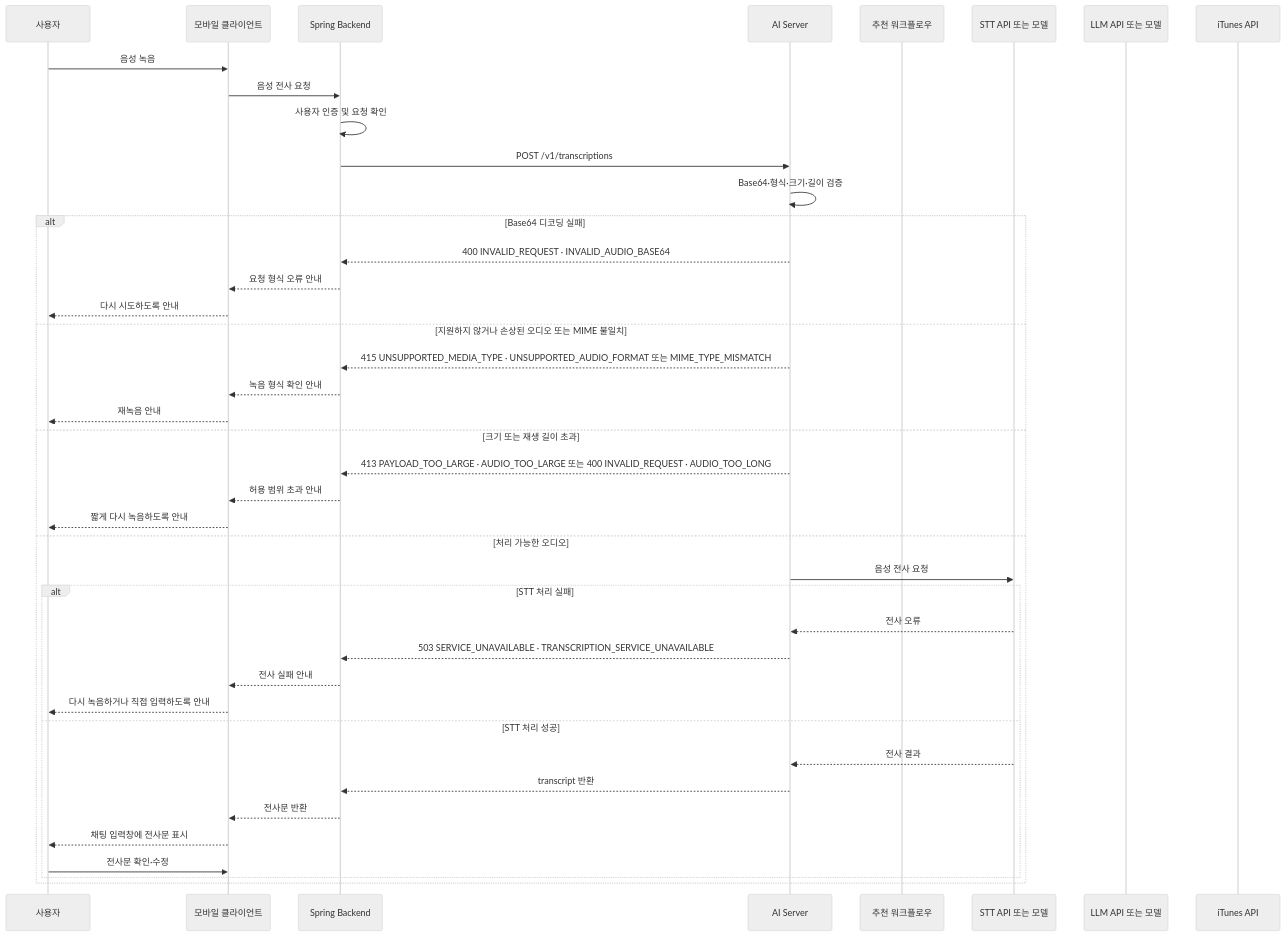
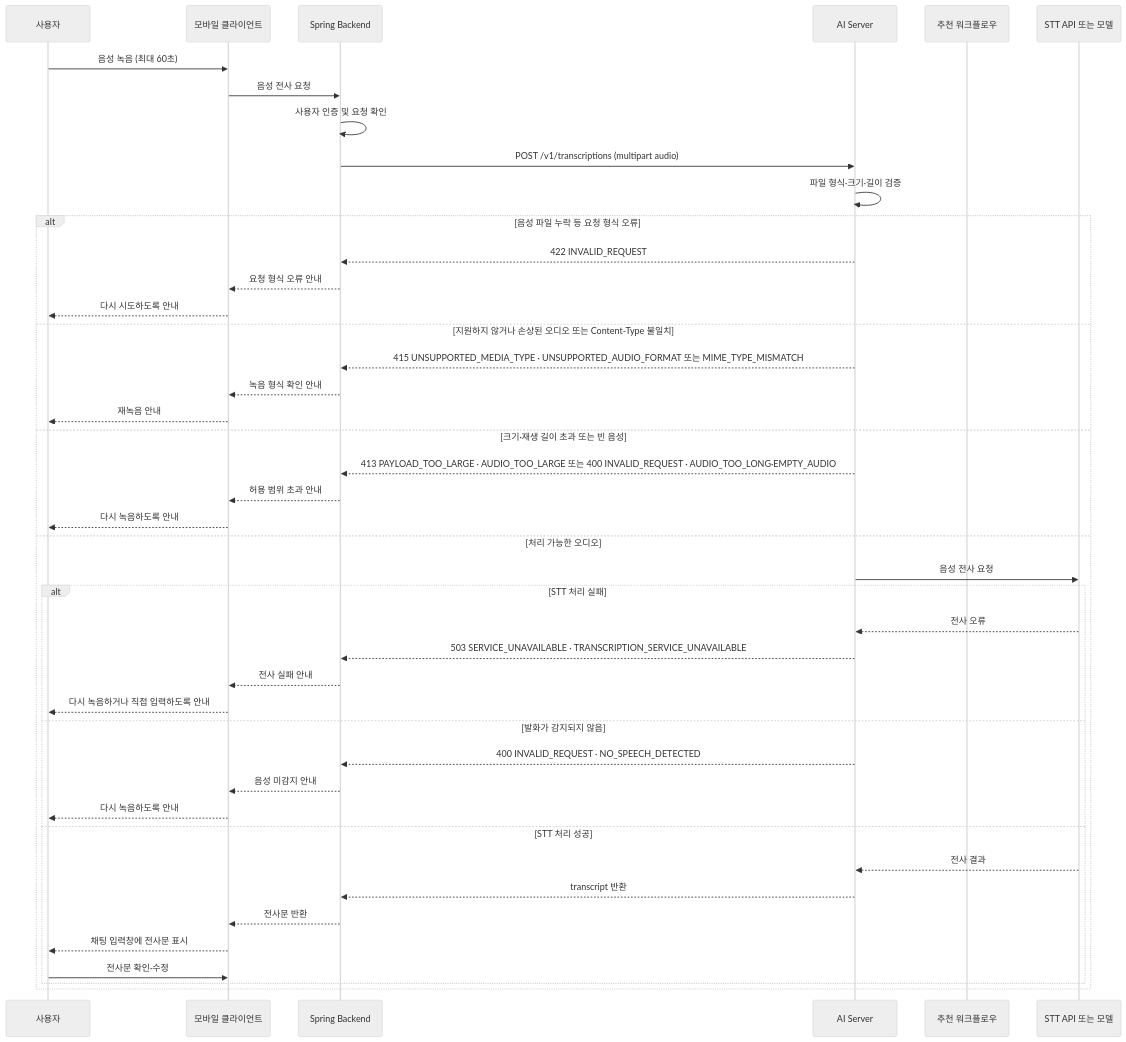
The third of 5 diagrams in docs/wiki/week1/01-모델-API-설계.md (100-hours-a-week/KTB4-18th-AI), drawn with Mermaid (neutral theme) before and after one commit. The commit also changed other lines of this file and 2 other files, not shown here.

Commit message:
docs: V1·V2 API 계약과 추천 워크플로우 현행화

````diff
--- a/docs/wiki/week1/01-모델-API-설계.md
+++ b/docs/wiki/week1/01-모델-API-설계.md
@@ -139,47 +142,49 @@
 ```mermaid
 sequenceDiagram
     participant U as 사용자
     participant F as 모바일 클라이언트
     participant S as Spring Backend
     participant A as AI Server
     participant W as 추천 워크플로우
     participant T as STT API 또는 모델
-    participant L as LLM API 또는 모델
-    participant M as iTunes API
 
-    U->>F: 음성 녹음
+    U->>F: 음성 녹음 (최대 60초)
     F->>S: 음성 전사 요청
     S->>S: 사용자 인증 및 요청 확인
-    S->>A: POST /v1/transcriptions
-    A->>A: Base64·형식·크기·길이 검증
+    S->>A: POST /v1/transcriptions (multipart audio)
+    A->>A: 파일 형식·크기·길이 검증
 
-    alt Base64 디코딩 실패
-        A-->>S: 400 INVALID_REQUEST · INVALID_AUDIO_BASE64
+    alt 음성 파일 누락 등 요청 형식 오류
+        A-->>S: 422 INVALID_REQUEST
         S-->>F: 요청 형식 오류 안내
         F-->>U: 다시 시도하도록 안내
-    else 지원하지 않거나 손상된 오디오 또는 MIME 불일치
+    else 지원하지 않거나 손상된 오디오 또는 Content-Type 불일치
         A-->>S: 415 UNSUPPORTED_MEDIA_TYPE · UNSUPPORTED_AUDIO_FORMAT 또는 MIME_TYPE_MISMATCH
         S-->>F: 녹음 형식 확인 안내
         F-->>U: 재녹음 안내
-    else 크기 또는 재생 길이 초과
-        A-->>S: 413 PAYLOAD_TOO_LARGE · AUDIO_TOO_LARGE 또는 400 INVALID_REQUEST · AUDIO_TOO_LONG
+    else 크기·재생 길이 초과 또는 빈 음성
+        A-->>S: 413 PAYLOAD_TOO_LARGE · AUDIO_TOO_LARGE 또는 400 INVALID_REQUEST · AUDIO_TOO_LONG·EMPTY_AUDIO
         S-->>F: 허용 범위 초과 안내
-        F-->>U: 짧게 다시 녹음하도록 안내
+        F-->>U: 다시 녹음하도록 안내
     else 처리 가능한 오디오
         A->>T: 음성 전사 요청
 
         alt STT 처리 실패
             T-->>A: 전사 오류
             A-->>S: 503 SERVICE_UNAVAILABLE · TRANSCRIPTION_SERVICE_UNAVAILABLE
             S-->>F: 전사 실패 안내
             F-->>U: 다시 녹음하거나 직접 입력하도록 안내
+        else 발화가 감지되지 않음
+            A-->>S: 400 INVALID_REQUEST · NO_SPEECH_DETECTED
+            S-->>F: 음성 미감지 안내
+            F-->>U: 다시 녹음하도록 안내
         else STT 처리 성공
             T-->>A: 전사 결과
             A-->>S: transcript 반환
             S-->>F: 전사문 반환
             F-->>U: 채팅 입력창에 전사문 표시
 
             U->>F: 전사문 확인·수정
         end
     end
 ```
````
